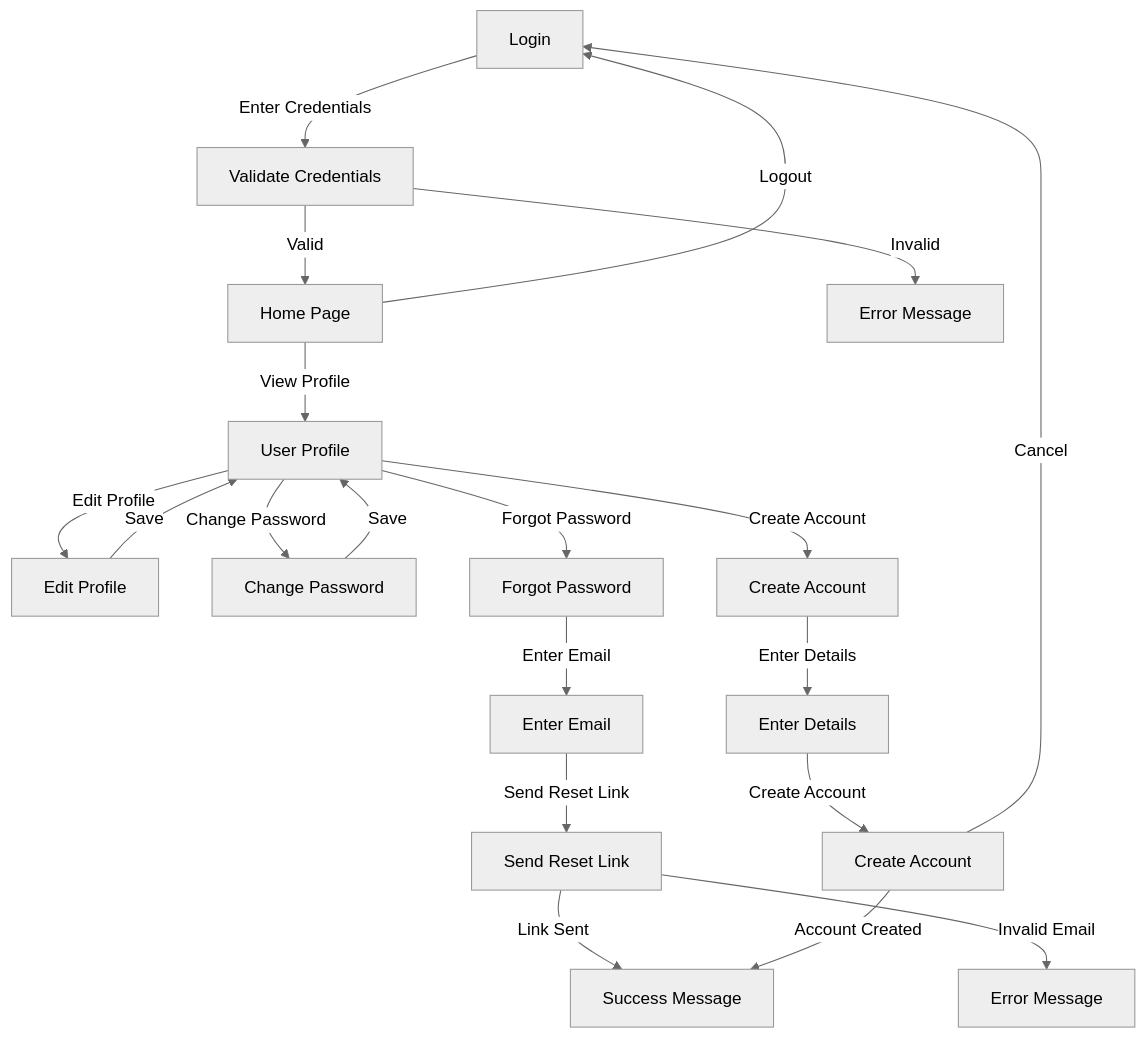
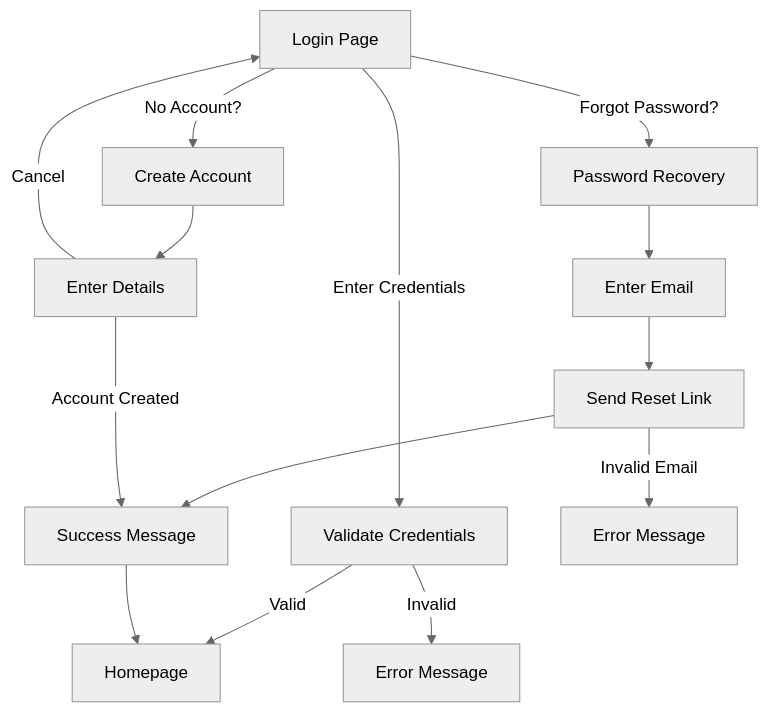
Before and after one commit to DuarteVDG/aw-project: the first of 3 diagrams in front-end/story-space/story.md, drawn with Mermaid (neutral theme). The commit also changed other lines of this file, not shown here.

````diff
--- a/front-end/story-space/story.md
+++ b/front-end/story-space/story.md
@@ -4,22 +4,16 @@
 ```mermaid
 flowchart TD
-    Start[Login] -->|Enter Credentials| Validate[Validate Credentials]
-    Validate -->|Valid| Home[Home Page]
+    Start[Login Page] -->|Enter Credentials| Validate[Validate Credentials]
+    Validate -->|Valid| Home[Homepage]
     Validate -->|Invalid| Error[Error Message]
-    Home -->|View Profile| Profile[User Profile]
-    Home -->|Logout| Start
-    Profile -->|Edit Profile| Edit[Edit Profile]
-    Profile -->|Change Password| Change[Change Password]
-    Profile -->|Forgot Password| Forgot[Forgot Password]
-    Profile -->|Create Account| Create[Create Account]
-    Edit -->|Save| Profile
-    Change -->|Save| Profile
-    Forgot -->|Enter Email| Email[Enter Email]
-    Email -->|Send Reset Link| ResetLink[Send Reset Link]
-    ResetLink -->|Link Sent| Success[Success Message]
+    Start -->|Forgot Password?| Forgot[Password Recovery]
+    Start -->|No Account?| Create[Create Account]
+    Forgot --> Email[Enter Email]
+    Email --> ResetLink[Send Reset Link]
+    ResetLink --> Success[Success Message]
     ResetLink -->|Invalid Email| ErrorEmail[Error Message]
-    Create -->|Enter Details| Details[Enter Details]
-    Details -->|Create Account| NewAccount[Create Account]
-    NewAccount -->|Account Created| Success[Success Message]
-    NewAccount -->|Cancel| Start
+    Create --> Details[Enter Details]
+    Details -->|Account Created| Success[Success Message]
+    Details -->|Cancel| Start
+    Success --> Home
 ```
````
